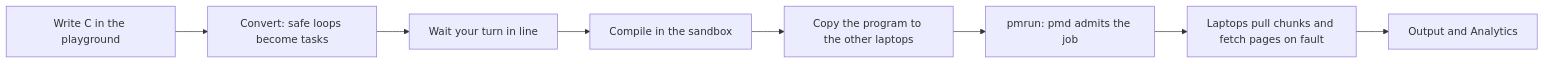
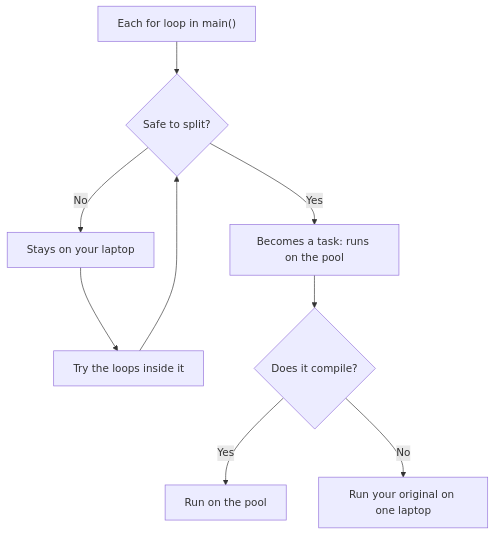
One commit to Group21-Computer-Networks/Paramesh changed the fourth of 5 diagrams in README.md. Above: the diagram before and after it, drawn with Mermaid. The commit also changed other lines of this file and 2 other files, not shown here.

Commit message:
X-readme-full: a README with diagrams and commands

````diff
--- a/README.md
+++ b/README.md
@@ -31,10 +170,11 @@
 ```mermaid
-flowchart LR
-    A[Write C in the playground] --> C[Convert: safe loops become tasks]
-    C --> D[Wait your turn in line]
-    D --> E[Compile in the sandbox]
-    E --> F[Copy the program to the other laptops]
-    F --> G[pmrun: pmd admits the job]
-    G --> H[Laptops pull chunks and fetch pages on fault]
-    H --> I[Output and Analytics]
+flowchart TD
+    A["Each for loop in main()"] --> B{"Safe to split?"}
+    B -- Yes --> C["Becomes a task: runs on the pool"]
+    B -- No --> D["Stays on your laptop"]
+    D --> E["Try the loops inside it"]
+    E --> B
+    C --> F{"Does it compile?"}
+    F -- Yes --> G["Run on the pool"]
+    F -- No --> H["Run your original on one laptop"]
 ```
````
